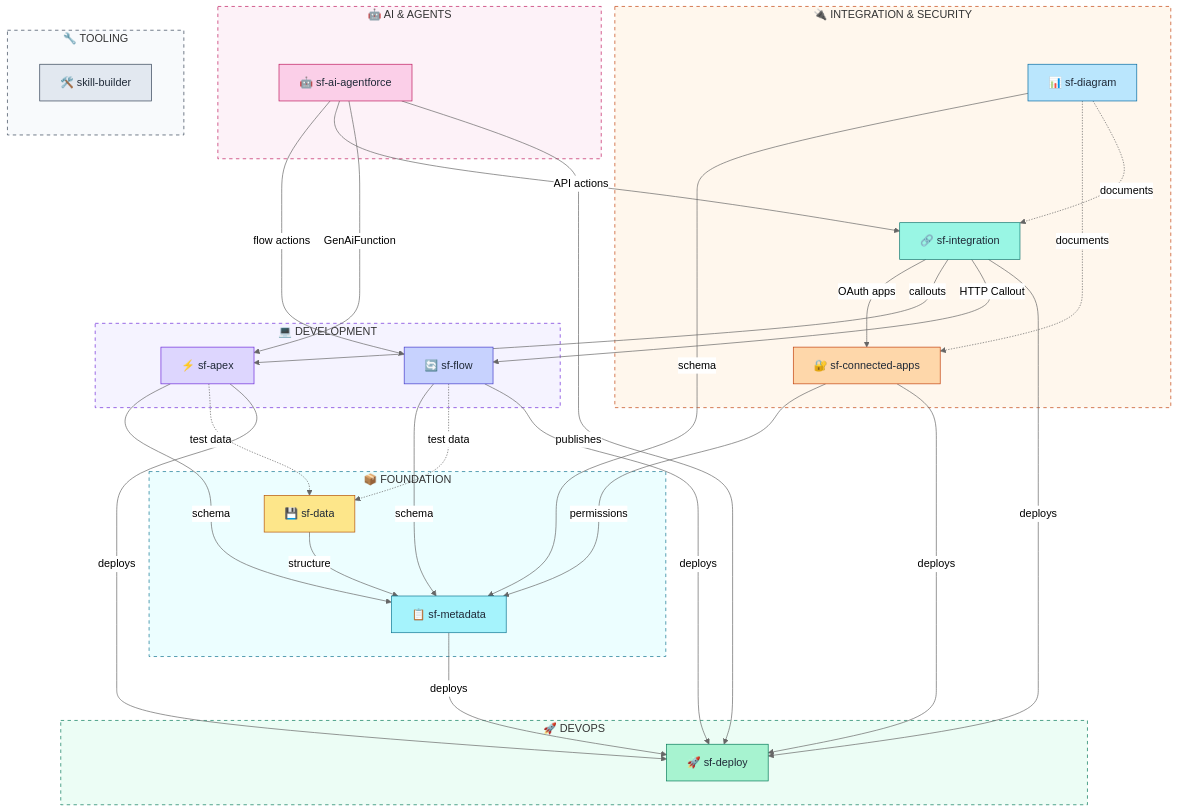
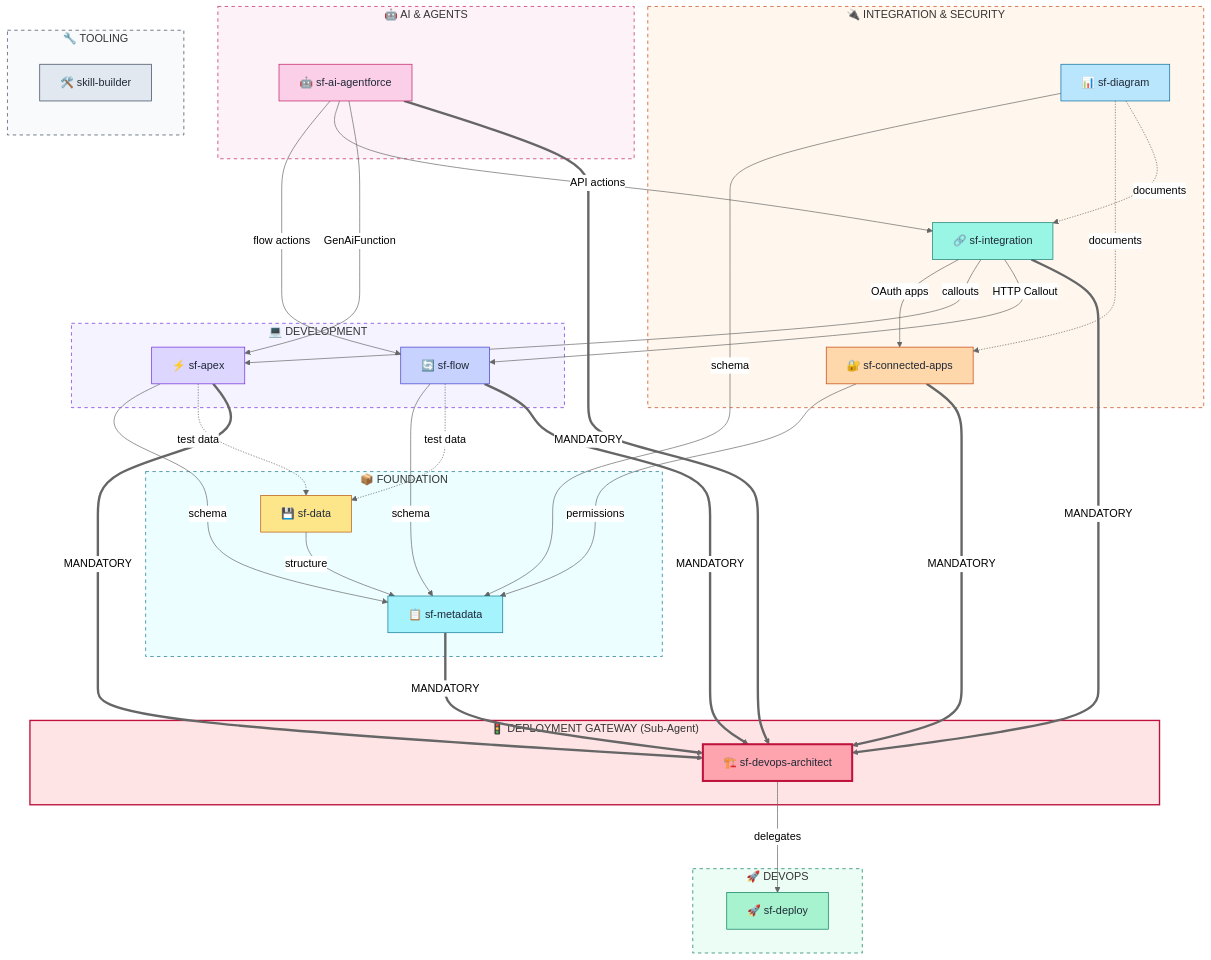
One commit to sfdcale/sf-skills changed the diagram in README.md. Above: the diagram before and after it, drawn with Mermaid (neutral theme). The commit also changed other lines of this file, not shown here.

Commit message:
1 docs(README): Update architecture diagram with sf-devops-architect gateway    2    3 Major diagram updates:    4 - Added "DEPLOYMENT GATEWAY" subgraph with sf-devops-architect sub-agent    5 - Changed deployment arrows to MANDATORY thick lines (==>) through gateway    6 - sf-devops-architect delegates to sf-deploy skill    7 - Distinct rose styling for gateway (stroke-width:3px)    8    9 New sections added:   10 - "Available Sub-Agents" table documenting sf-devops-architect   11 - "Deployment Gateway" section with invocation pattern   12 - Skills vs Sub-Agents explanation   13 - Updated totals: 10 skills + 1 sub-agent live   14   15 This reflects the mandatory gateway pattern where all deployments   16 must route through sf-devops-architect for consistent orchestration.

````diff
--- a/README.md
+++ b/README.md
@@ -98,6 +106,10 @@
     subgraph foundation["📦 FOUNDATION"]
         metadata["📋 sf-metadata"]
         data["💾 sf-data"]
+    end
+
+    subgraph gateway["🚦 DEPLOYMENT GATEWAY (Sub-Agent)"]
+        devopsarchitect["🏗️ sf-devops-architect"]
     end
 
     subgraph devops["🚀 DEVOPS"]
@@ -131,13 +143,16 @@
     %% Foundation relationships
     data -->|"structure"| metadata
 
-    %% Deployment relationships
-    apex -->|"deploys"| deploy
-    flow -->|"deploys"| deploy
-    metadata -->|"deploys"| deploy
-    sfintegration -->|"deploys"| deploy
-    connectedapps -->|"deploys"| deploy
-    agentforce -->|"publishes"| deploy
+    %% MANDATORY Deployment Gateway - ALL deployments go through sf-devops-architect
+    apex ==>|"MANDATORY"| devopsarchitect
+    flow ==>|"MANDATORY"| devopsarchitect
+    metadata ==>|"MANDATORY"| devopsarchitect
+    sfintegration ==>|"MANDATORY"| devopsarchitect
+    connectedapps ==>|"MANDATORY"| devopsarchitect
+    agentforce ==>|"MANDATORY"| devopsarchitect
+
+    %% Gateway delegates to sf-deploy skill
+    devopsarchitect -->|"delegates"| deploy
 
     %% Styling - AI (pink-200)
     style agentforce fill:#fbcfe8,stroke:#be185d,color:#1f2937
@@ -155,17 +170,21 @@
     style metadata fill:#a5f3fc,stroke:#0e7490,color:#1f2937
     style data fill:#fde68a,stroke:#b45309,color:#1f2937
 
+    %% Styling - Gateway Sub-Agent (rose-300 with thick border)
+    style devopsarchitect fill:#fda4af,stroke:#be123c,stroke-width:3px,color:#1f2937
+
     %% Styling - DevOps (emerald-200)
     style deploy fill:#a7f3d0,stroke:#047857,color:#1f2937
 
     %% Styling - Tooling (slate-200)
     style skillbuilder fill:#e2e8f0,stroke:#334155,color:#1f2937
 
-    %% Subgraph styling - light fill with dark dashed borders
+    %% Subgraph styling
     style ai fill:#fdf2f8,stroke:#be185d,stroke-dasharray:5
     style integration fill:#fff7ed,stroke:#c2410c,stroke-dasharray:5
     style development fill:#f5f3ff,stroke:#6d28d9,stroke-dasharray:5
     style foundation fill:#ecfeff,stroke:#0e7490,stroke-dasharray:5
+    style gateway fill:#ffe4e6,stroke:#be123c,stroke-width:2px
     style devops fill:#ecfdf5,stroke:#047857,stroke-dasharray:5
     style tooling fill:#f8fafc,stroke:#334155,stroke-dasharray:5
 ```
````
